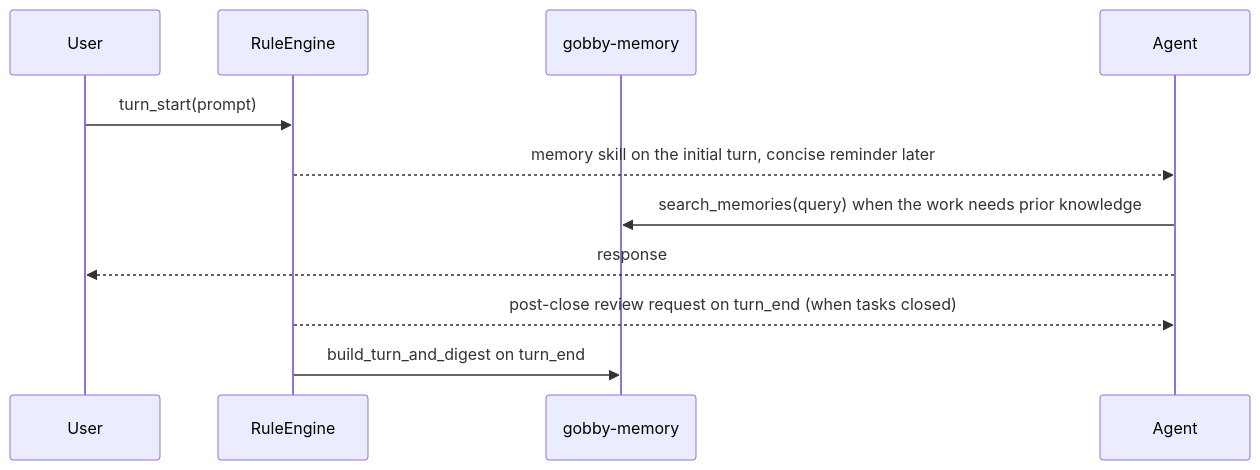
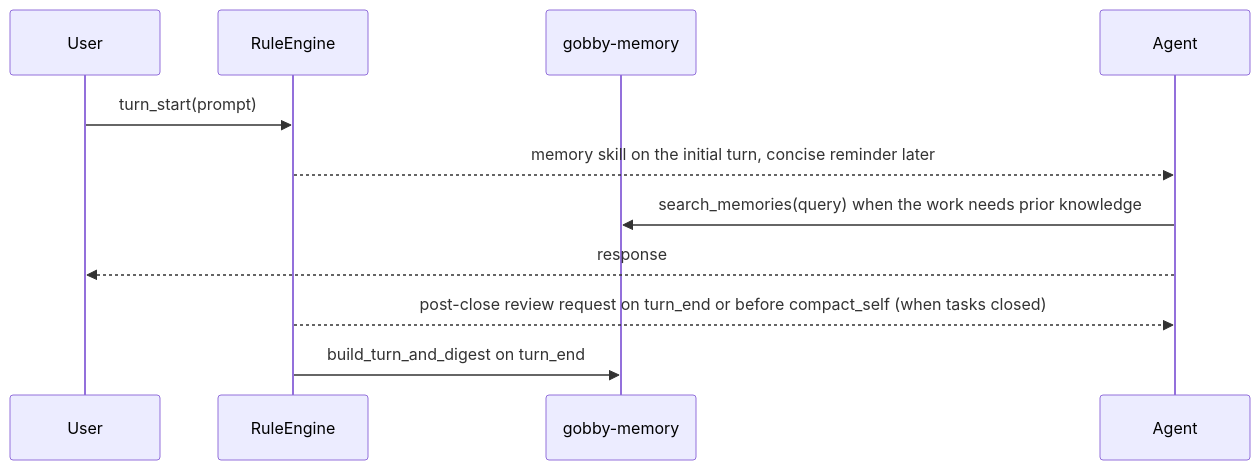
One commit to GobbyAI/gobby changed the second of 2 diagrams in docs/guides/memory.md. Above: the diagram before and after it, drawn with Mermaid. The commit also changed other lines of this file and 4 other files, not shown here.

First line of the commit message:
[gobby-#21054] fix: gate compact_self on pending post-close memory reviews

````diff
--- a/docs/guides/memory.md
+++ b/docs/guides/memory.md
@@ -374,14 +374,14 @@
 ```mermaid
 sequenceDiagram
     participant User
     participant RuleEngine
     participant Memory as gobby-memory
     participant Agent
 
     User->>RuleEngine: turn_start(prompt)
     RuleEngine-->>Agent: memory skill on the initial turn, concise reminder later
     Agent->>Memory: search_memories(query) when the work needs prior knowledge
     Agent-->>User: response
-    RuleEngine-->>Agent: post-close review request on turn_end (when tasks closed)
+    RuleEngine-->>Agent: post-close review request on turn_end or before compact_self (when tasks closed)
     RuleEngine->>Memory: build_turn_and_digest on turn_end
 ```
````
